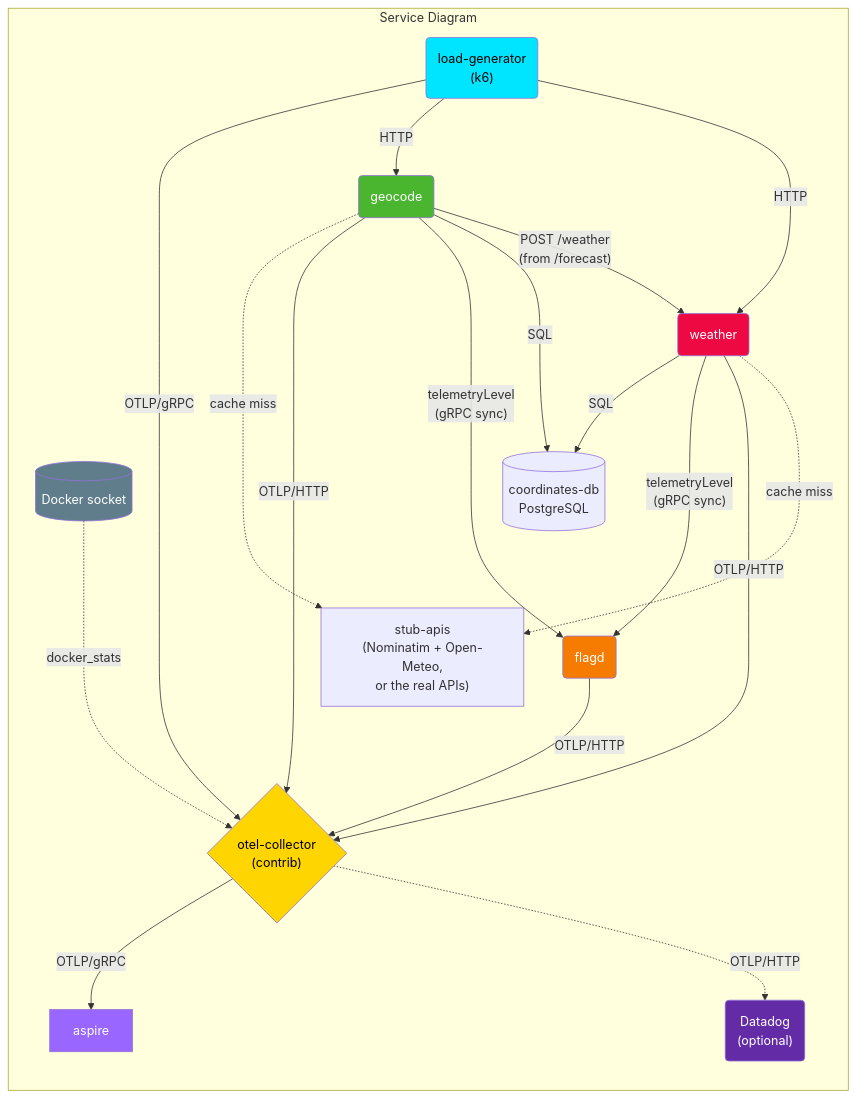
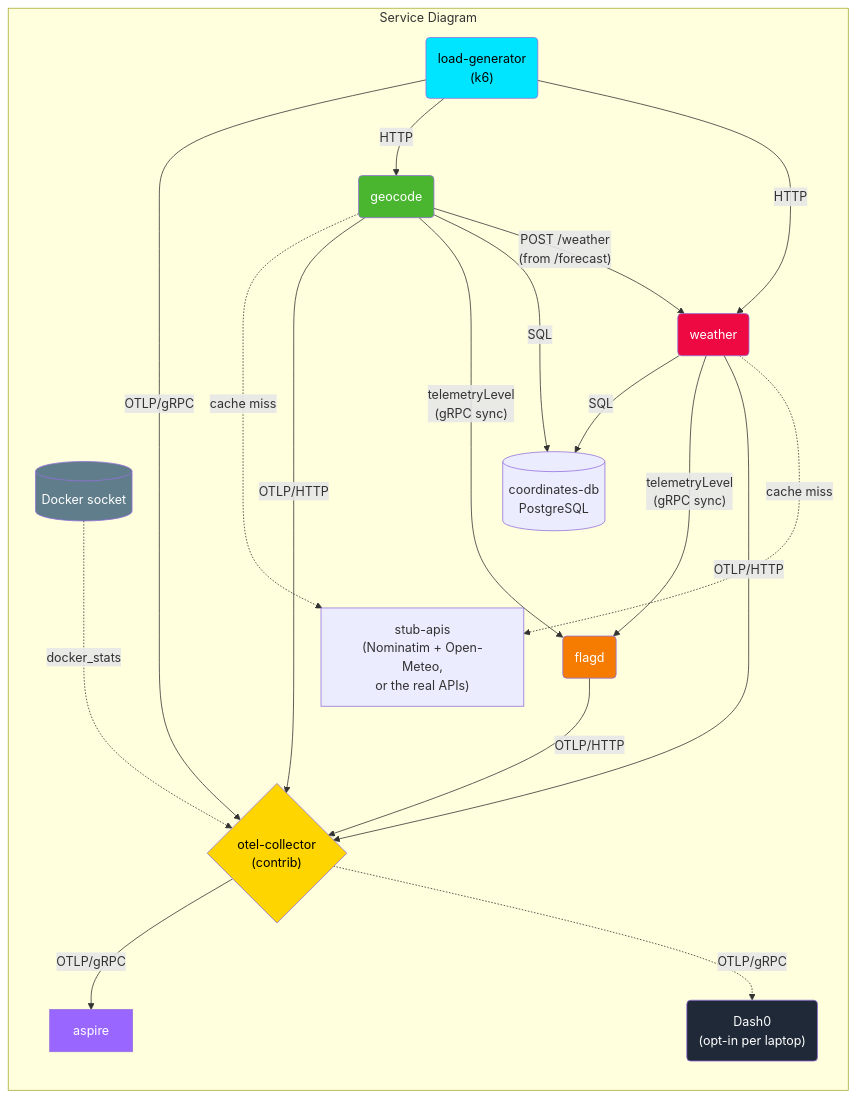
One commit to OTelFeature/poc changed the diagram in README.md. Above: the diagram before and after it, drawn with Mermaid. The commit also changed other lines of this file and 8 other files, not shown here.

First line of the commit message:
Dash0 replaces Datadog: opt-in collector overlay per laptop (C-016)

````diff
--- a/README.md
+++ b/README.md
@@ -60,43 +60,43 @@
 ```mermaid
 flowchart LR
     classDef load fill:#00e5ff,color:black;
     classDef geocode fill:#4ab52f,color:white;
     classDef weather fill:#ee0943,color:white;
     classDef otelcol fill:#ffd500,color:black;
     classDef aspire fill:#9966ff,color:white;
     classDef docker fill:#607d8b,color:white;
     classDef flagd fill:#f57c00,color:white;
-    classDef datadog fill:#632ca6,color:white;
+    classDef dash0 fill:#1f2937,color:white;
 
 
     subgraph Service Diagram
         load("load-generator<br/>(k6)"):::load
         geocode(geocode):::geocode
         weather(weather):::weather
         flagd(flagd):::flagd
         otelcol{"otel-collector<br/>(contrib)"}:::otelcol
         docker[("Docker socket")]:::docker
         coordinates[(coordinates-db<br/>PostgreSQL)]
         aspire[aspire]:::aspire
-        datadog("Datadog<br/>(optional)"):::datadog
+        dash0("Dash0<br/>(opt-in per laptop)"):::dash0
 
         docker -..->|docker_stats| otelcol
         load -->|OTLP/gRPC| otelcol
         load -->|HTTP| geocode
         load -->|HTTP| weather
         
         geocode -..->|cache miss| stub["stub-apis<br/>(Nominatim + Open-Meteo,<br/>or the real APIs)"]
         geocode ---->|OTLP/HTTP| otelcol
         geocode --->|"telemetryLevel<br/>(gRPC sync)"| flagd
 
         geocode -->|SQL| coordinates
         geocode -->|"POST /weather<br/>(from /forecast)"| weather
         weather -->|SQL| coordinates
         weather --->|"telemetryLevel<br/>(gRPC sync)"| flagd
         weather --->|OTLP/HTTP| otelcol
         weather -..->|cache miss| stub
         flagd -->|OTLP/HTTP| otelcol
         otelcol -->|OTLP/gRPC| aspire
-        otelcol -.->|OTLP/HTTP| datadog
+        otelcol -.->|OTLP/gRPC| dash0
     end
 ```
````
